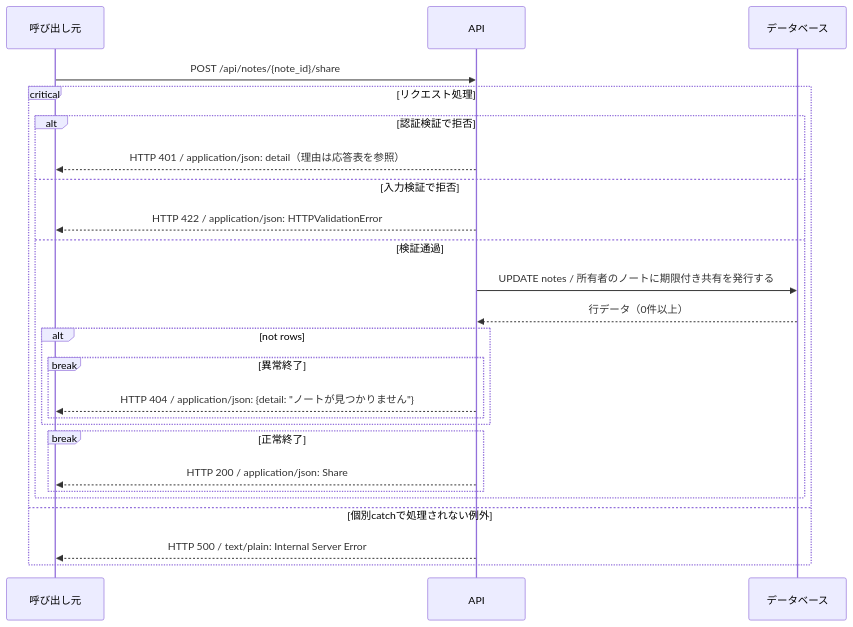
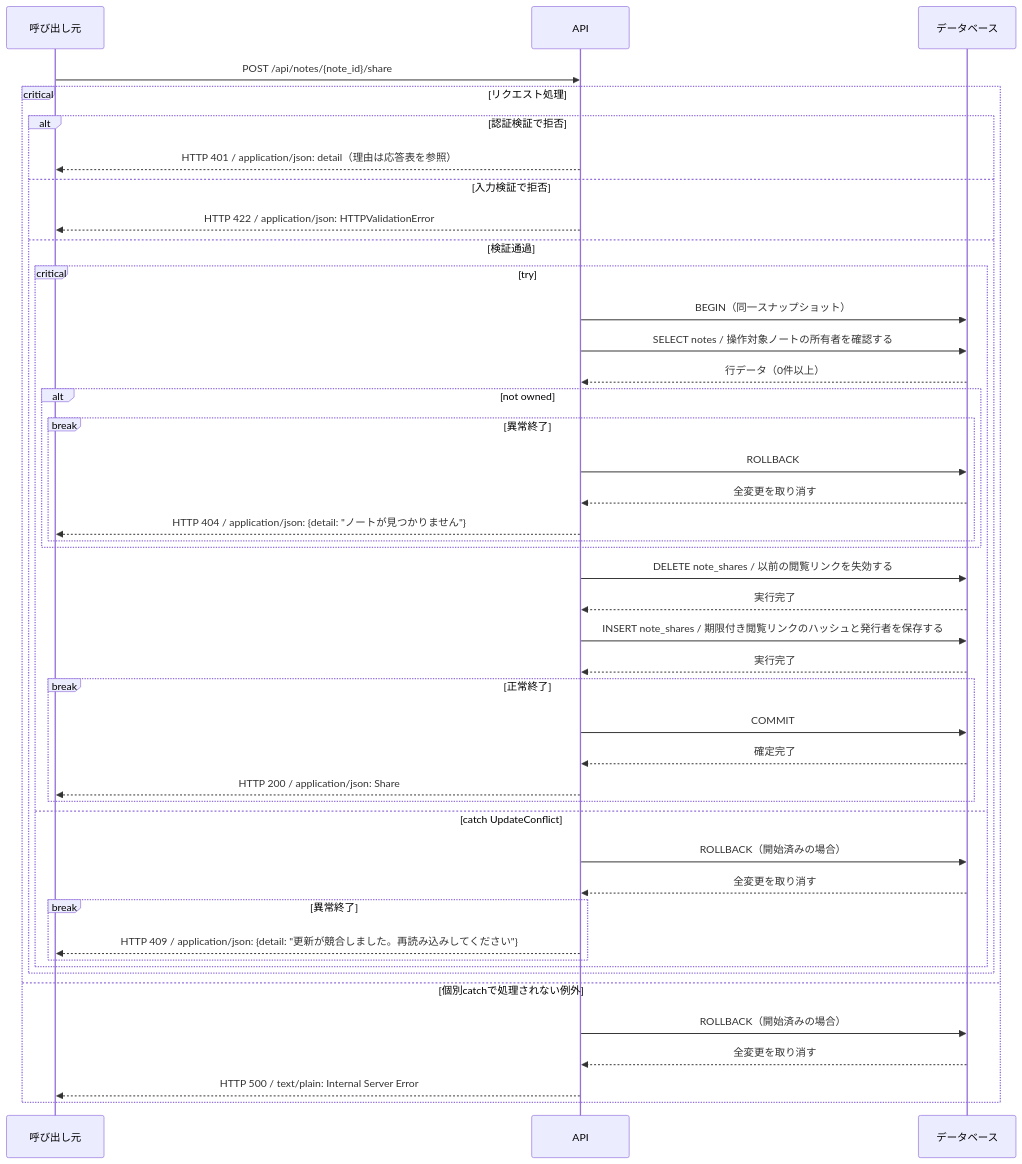
One commit to tsuji-tomonori/CornellNoteWebv2 changed the diagram in docs/generated/apis/create_share/sequence.gen.md. Above: the diagram before and after it, drawn with Mermaid. The commit also changed other lines of this file and 194 other files, not shown here.

````diff
--- a/docs/generated/apis/create_share/sequence.gen.md
+++ b/docs/generated/apis/create_share/sequence.gen.md
@@ -22,27 +22,46 @@
 ```mermaid
 sequenceDiagram
     participant C as 呼び出し元
     participant A as API
     participant D as データベース
     C->>A: POST /api/notes/{note_id}/share
     critical リクエスト処理
     alt 認証検証で拒否
     A-->>C: HTTP 401 / application/json: detail（理由は応答表を参照）
     else 入力検証で拒否
     A-->>C: HTTP 422 / application/json: HTTPValidationError
     else 検証通過
-    A->>D: UPDATE notes / 所有者のノートに期限付き共有を発行する
+    critical try
+    A->>D: BEGIN（同一スナップショット）
+    A->>D: SELECT notes / 操作対象ノートの所有者を確認する
     D-->>A: 行データ（0件以上）
-    alt not rows
+    alt not owned
     break 異常終了
+    A->>D: ROLLBACK
+    D-->>A: 全変更を取り消す
     A-->>C: HTTP 404 / application/json: {detail: #quot;ノートが見つかりません#quot;}
     end
     end
+    A->>D: DELETE note_shares / 以前の閲覧リンクを失効する
+    D-->>A: 実行完了
+    A->>D: INSERT note_shares / 期限付き閲覧リンクのハッシュと発行者を保存する
+    D-->>A: 実行完了
     break 正常終了
+    A->>D: COMMIT
+    D-->>A: 確定完了
     A-->>C: HTTP 200 / application/json: Share
+    end
+    option catch UpdateConflict
+    A->>D: ROLLBACK（開始済みの場合）
+    D-->>A: 全変更を取り消す
+    break 異常終了
+    A-->>C: HTTP 409 / application/json: {detail: #quot;更新が競合しました。再読み込みしてください#quot;}
+    end
     end
     end
     option 個別catchで処理されない例外
+    A->>D: ROLLBACK（開始済みの場合）
+    D-->>A: 全変更を取り消す
     A-->>C: HTTP 500 / text/plain: Internal Server Error
     end
 ```
````
